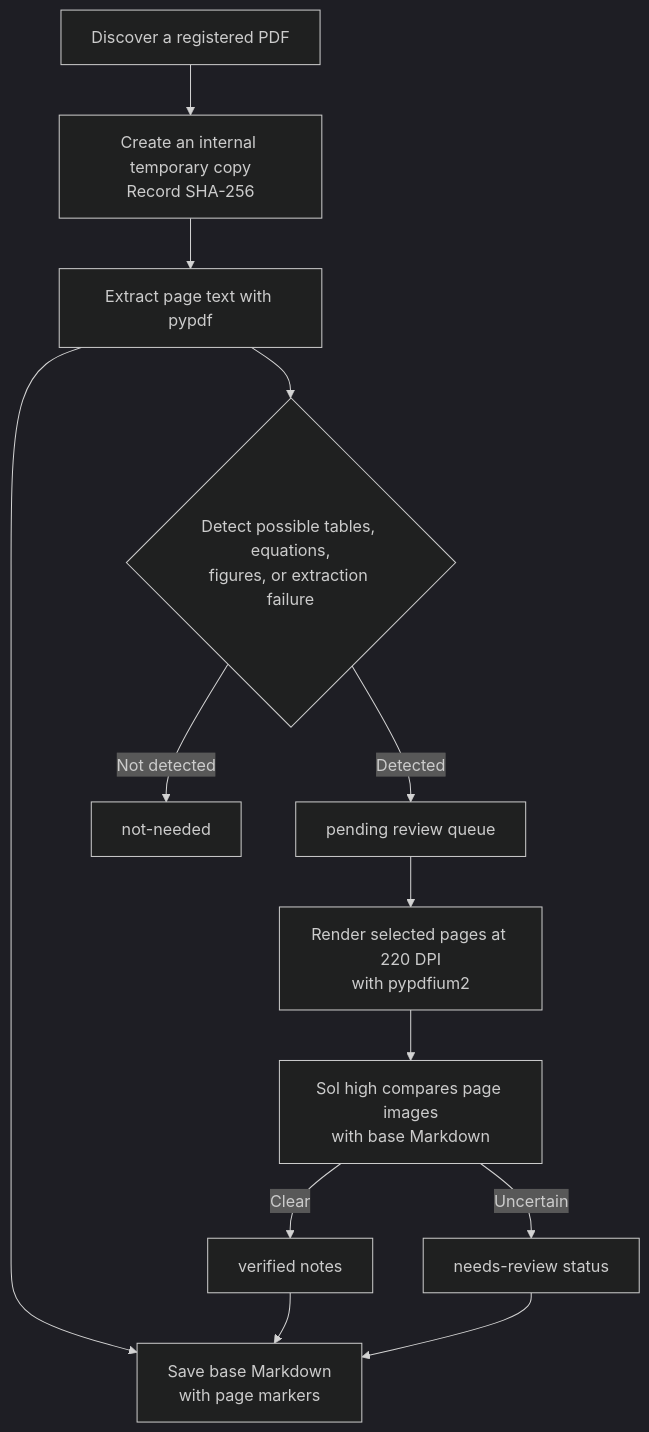
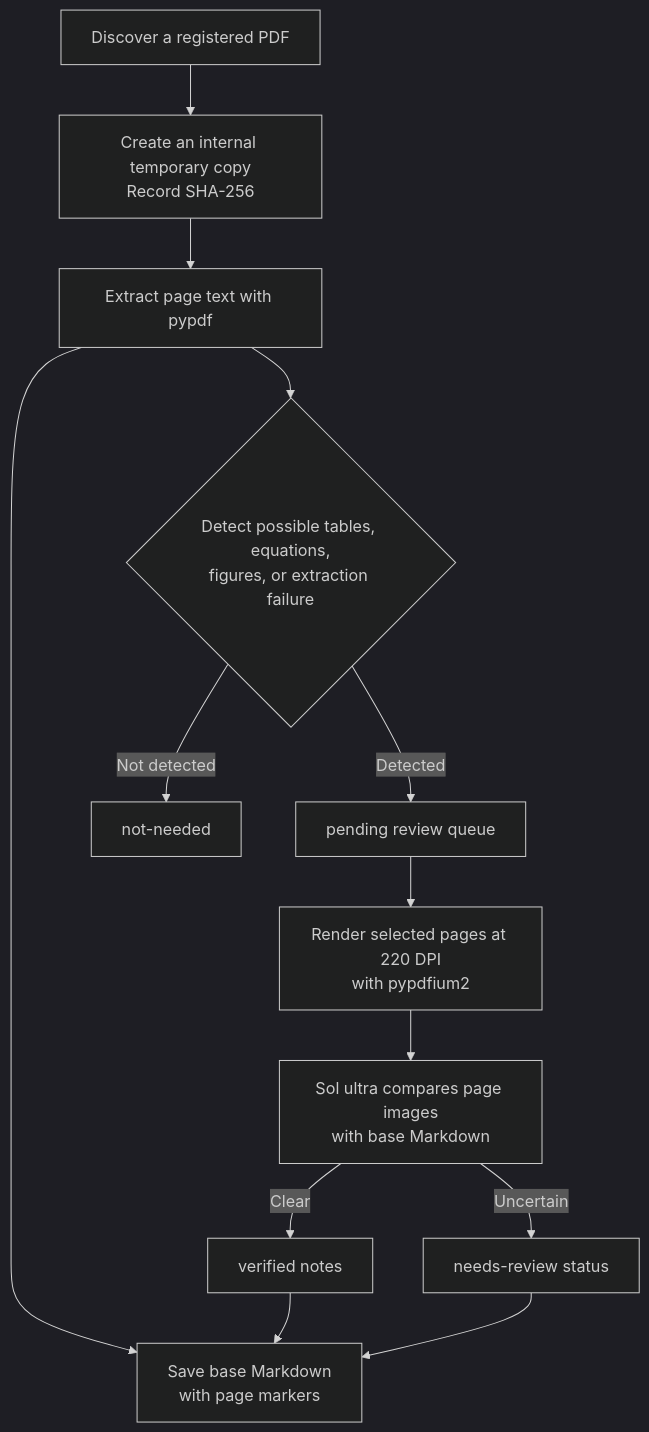
One commit to LWH4Data/research-agent changed the second of 9 diagrams in docs/technical/README.en.md. Above: the diagram before and after it, drawn with Mermaid (dark theme). The commit also changed other lines of this file and 39 other files, not shown here.

````diff
--- a/docs/technical/README.en.md
+++ b/docs/technical/README.en.md
@@ -168,15 +207,15 @@
 ```mermaid
 flowchart TD
     P[Discover a registered PDF] --> C[Create an internal temporary copy<br/>Record SHA-256]
     C --> T[Extract page text with pypdf]
     T --> M[Save base Markdown<br/>with page markers]
     T --> H{Detect possible tables, equations,<br/>figures, or extraction failure}
     H -->|Not detected| N[not-needed]
     H -->|Detected| Q[pending review queue]
     Q --> R[Render selected pages at 220 DPI<br/>with pypdfium2]
-    R --> V[Sol high compares page images<br/>with base Markdown]
+    R --> V[Sol ultra compares page images<br/>with base Markdown]
     V -->|Clear| OK[verified notes]
     V -->|Uncertain| NR[needs-review status]
     OK --> M
     NR --> M
 ```
````
